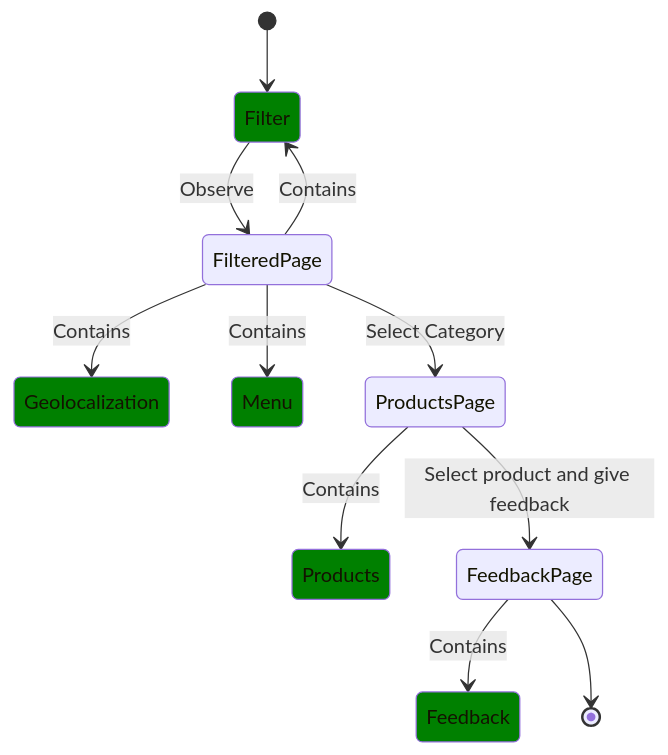
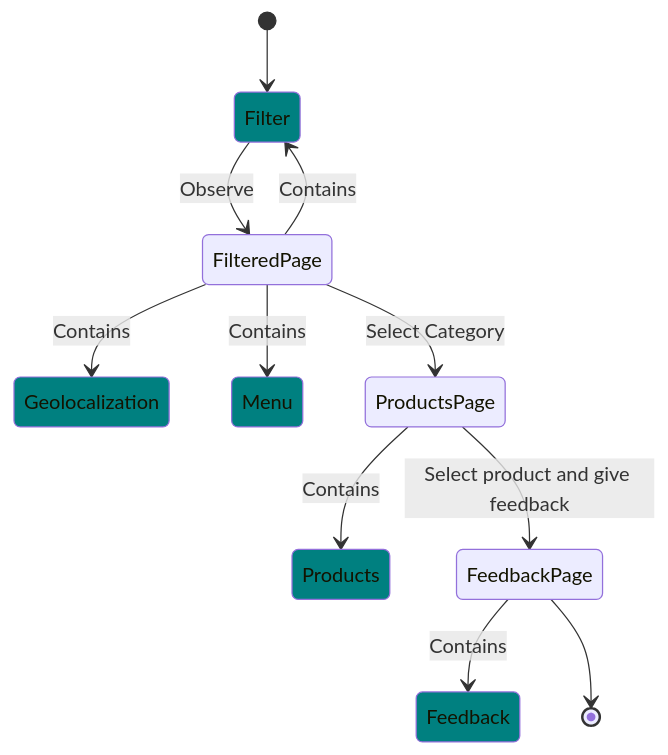
Before and after one commit to 0xjrr/aw-project: the diagram in micro-frontends/story/story-feedback.md, drawn with Mermaid. The commit also changed 1 other file, not shown here.

Commit message:
changed collors

````diff
--- a/micro-frontends/story/story-feedback.md
+++ b/micro-frontends/story/story-feedback.md
@@ -1,17 +1,17 @@
 ```mermaid
 stateDiagram-v2
-    classDef coloring fill:green  
+    classDef coloring fill:teal  
 
     [*] --> Filter
     FilteredPage --> Geolocalization: Contains
     FilteredPage --> Filter: Contains
     FilteredPage --> Menu: Contains
     Filter --> FilteredPage: Observe
     FilteredPage --> ProductsPage: Select Category
     ProductsPage --> Products: Contains
     FeedbackPage --> Feedback: Contains
     ProductsPage --> FeedbackPage: Select product and give feedback
     FeedbackPage --> [*]
 
     class Geolocalization, Menu, Products, Feedback, Filter coloring
 ```
````
